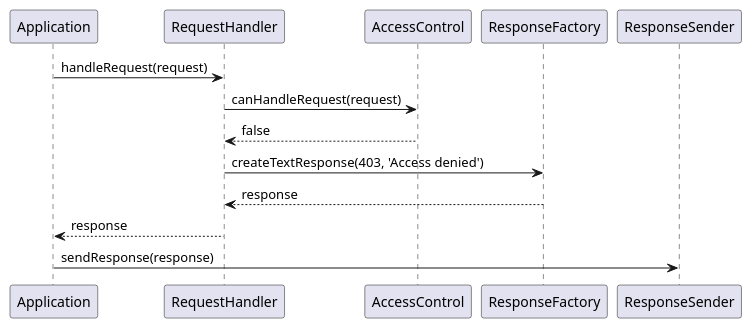
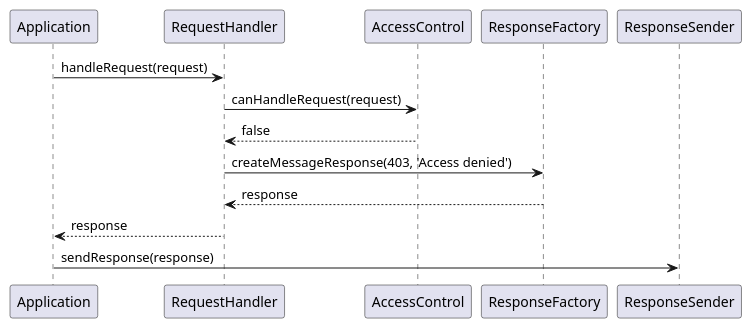
The diagram in docs/uml/application-forbidden.puml (strider2038/image-cache), drawn with PlantUML before and after one commit. The commit also changed 2 other files, not shown here.

Commit message:
HttpRequestHandler service added

```diff
--- a/docs/uml/application-forbidden.puml
+++ b/docs/uml/application-forbidden.puml
@@ -1,14 +1,14 @@
 @startuml
 
 Application -> RequestHandler : handleRequest(request)
 
 RequestHandler -> AccessControl : canHandleRequest(request)
 RequestHandler <-- AccessControl : false
 
-RequestHandler -> ResponseFactory : createTextResponse(403, 'Access denied')
+RequestHandler -> ResponseFactory : createMessageResponse(403, 'Access denied')
 RequestHandler <-- ResponseFactory : response
 
 Application <-- RequestHandler : response
 Application -> ResponseSender : sendResponse(response)
 
 @enduml
```
